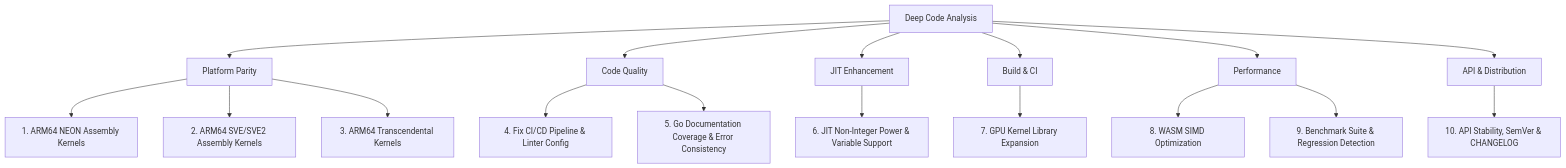
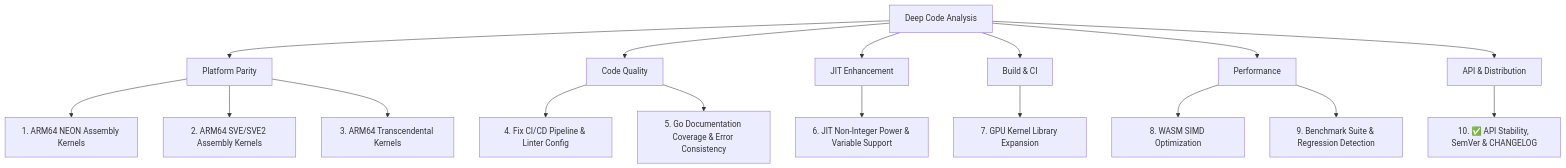
Before and after one commit to 23skdu/emlgo: the diagram in docs/nextsteps.md, drawn with Mermaid. The commit also changed other lines of this file and 19 other files, not shown here.

````diff
--- a/docs/nextsteps.md
+++ b/docs/nextsteps.md
@@ -9,25 +9,25 @@
 ```mermaid
 graph TD
     A[Deep Code Analysis] --> B[Platform Parity]
     A --> C[Code Quality]
     A --> D[JIT Enhancement]
     A --> E[Build & CI]
     A --> F[Performance]
     A --> G[API & Distribution]
     
     B --> B1[1. ARM64 NEON Assembly Kernels]
     B --> B2[2. ARM64 SVE/SVE2 Assembly Kernels]
     B --> B3[3. ARM64 Transcendental Kernels]
     
     C --> C1[4. Fix CI/CD Pipeline & Linter Config]
     C --> C2[5. Go Documentation Coverage & Error Consistency]
     
     D --> D1[6. JIT Non-Integer Power & Variable Support]
     
     E --> E1[7. GPU Kernel Library Expansion]
     
     F --> F1[8. WASM SIMD Optimization]
     F --> F2[9. Benchmark Suite & Regression Detection]
     
-    G --> G1[10. API Stability, SemVer & CHANGELOG]
+    G --> G1[10. ✅ API Stability, SemVer & CHANGELOG]
 ```
````
